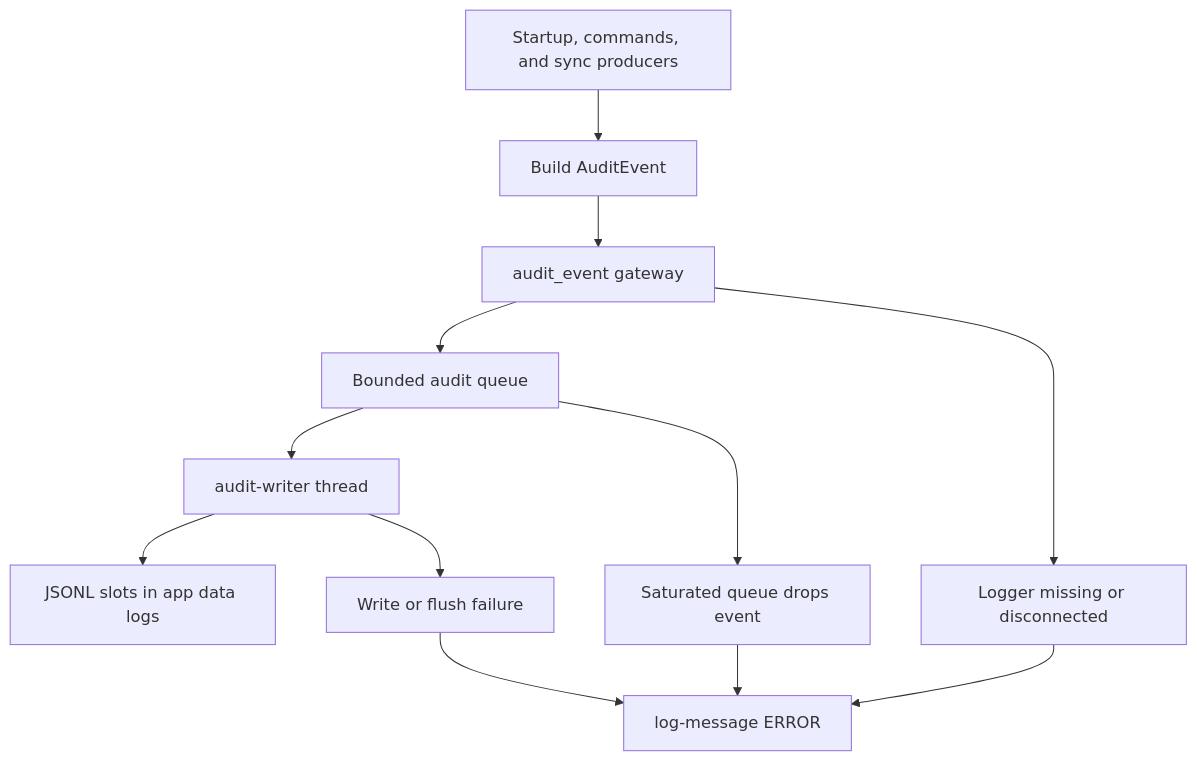
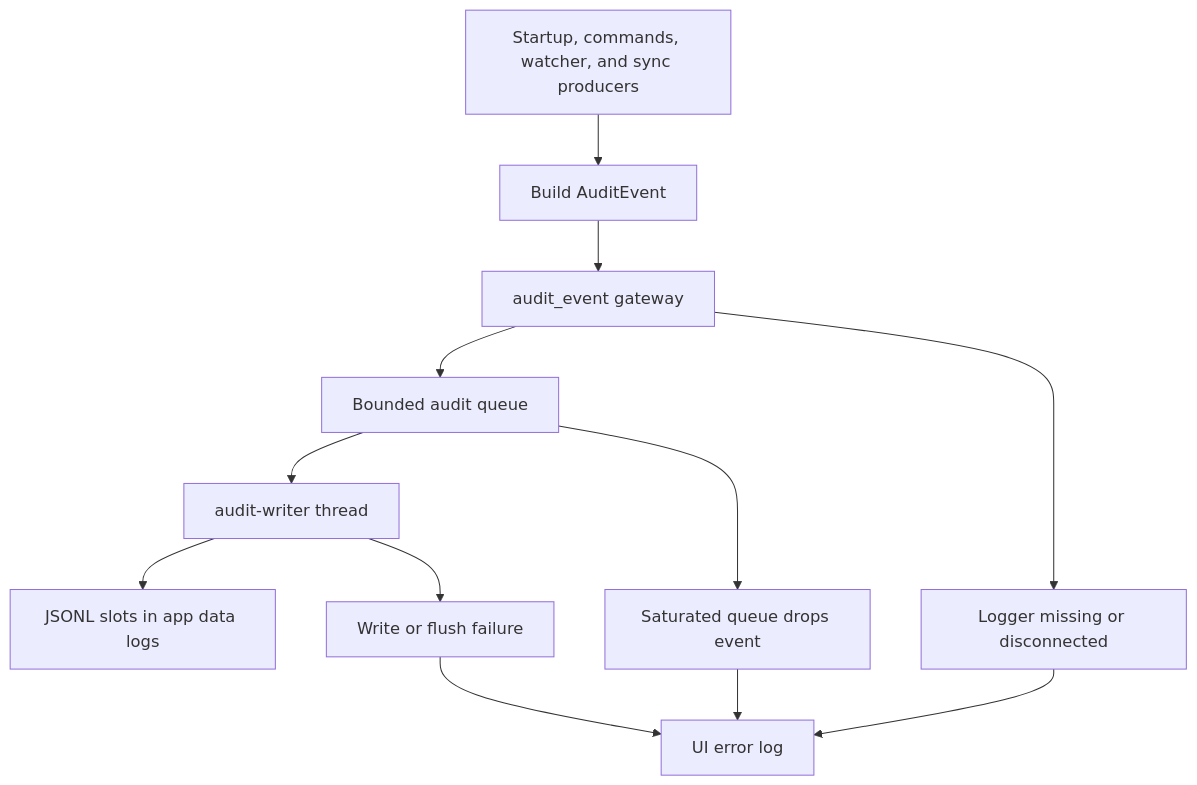
One commit to xXRoxXeRXx/lymic changed the diagram in openwiki/operations/audit-logging.md. Above: the diagram before and after it, drawn with Mermaid. The commit also changed other lines of this file and 21 other files, not shown here.

````diff
--- a/openwiki/operations/audit-logging.md
+++ b/openwiki/operations/audit-logging.md
@@ -35,14 +39,14 @@
 ```mermaid
 flowchart TD
-    Producers["Startup, commands, and sync producers"] --> Build["Build AuditEvent"]
+    Producers["Startup, commands, watcher, and sync producers"] --> Build["Build AuditEvent"]
     Build --> Gateway["audit_event gateway"]
     Gateway --> Queue["Bounded audit queue"]
     Queue --> Worker["audit-writer thread"]
     Worker --> Files["JSONL slots in app data logs"]
     Gateway --> Missing["Logger missing or disconnected"]
     Worker --> WriteFailure["Write or flush failure"]
     Queue --> Saturated["Saturated queue drops event"]
-    Missing --> UI["log-message ERROR"]
+    Missing --> UI["UI error log"]
     WriteFailure --> UI
     Saturated --> UI
 ```
````
